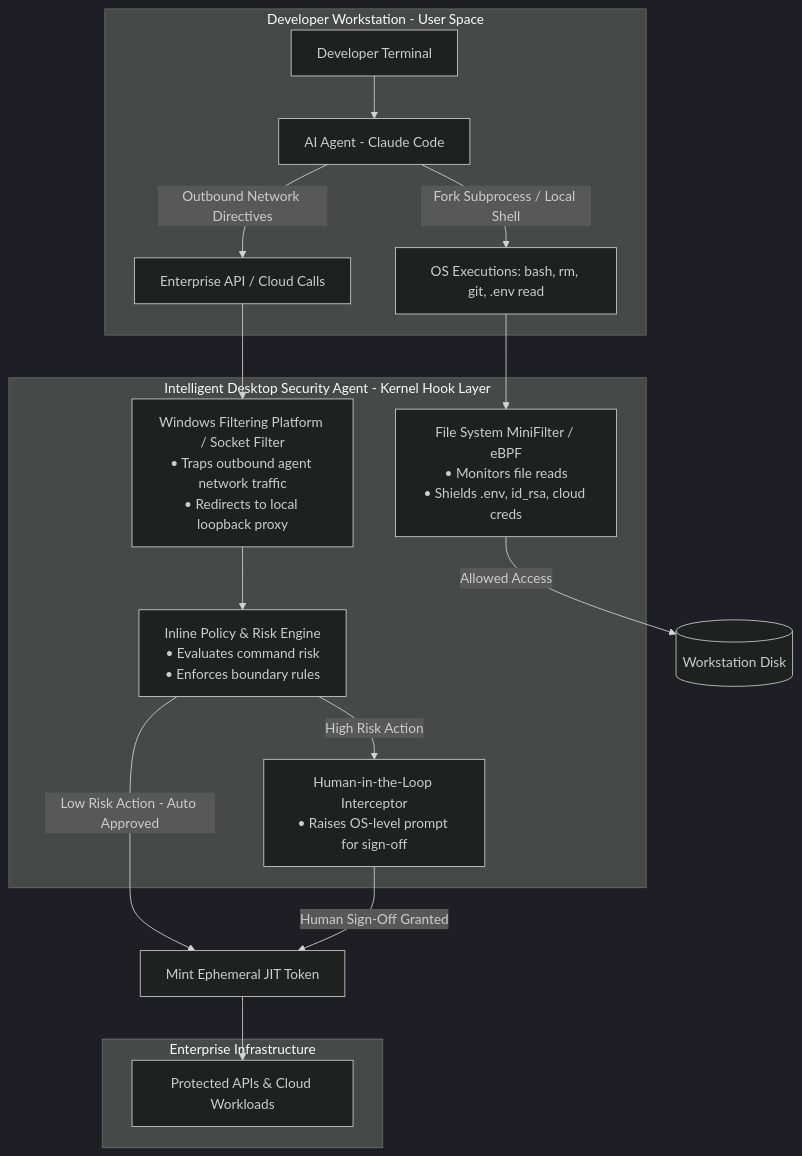
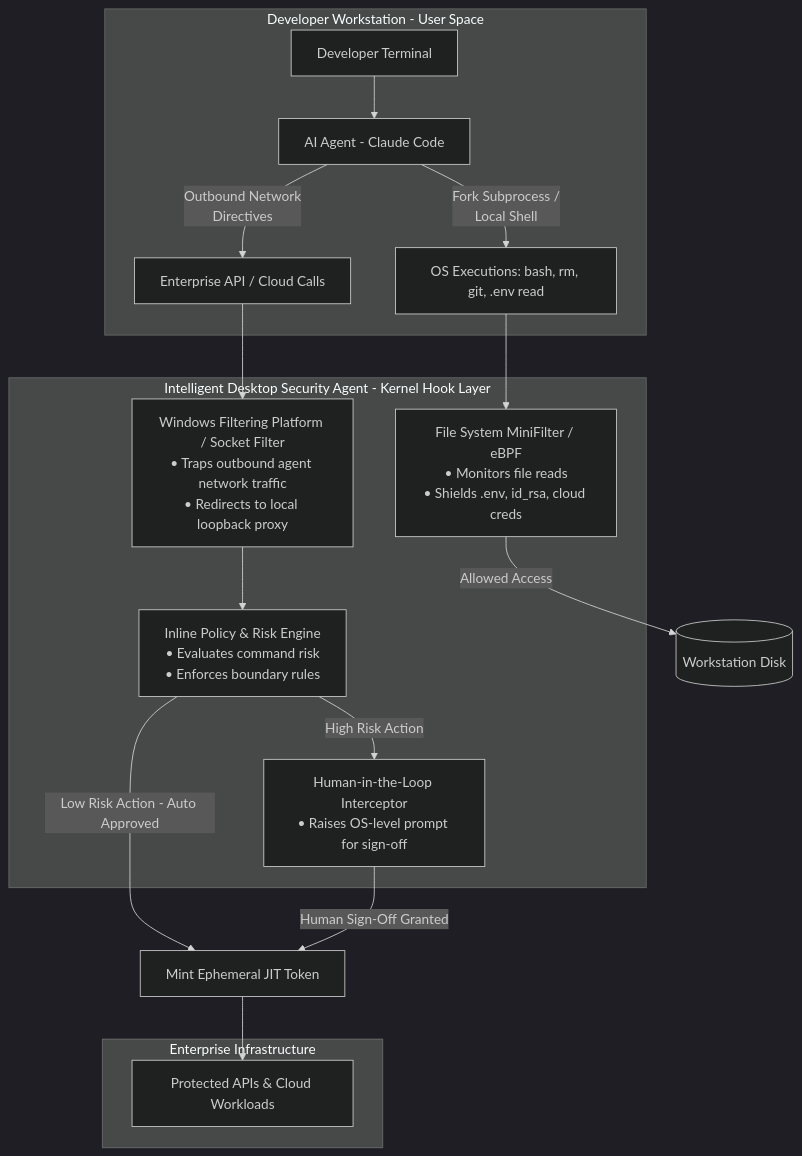
Before and after one commit to ggrajek/agent-priv-proxy: the diagram in desktop-proxy-arch.md, drawn with Mermaid (dark theme).

Commit message:
Revise desktop-proxy-arch.md for clarity and detail
Updated the architecture document to enhance clarity and detail regarding the Desktop AI Command Proxy Architecture, including sections on core protection mechanisms and differences between network gateway and desktop agent proxy.

````diff
--- a/desktop-proxy-arch.md
+++ b/desktop-proxy-arch.md
@@ -16,29 +16,29 @@
 ```mermaid
 flowchart TD
     subgraph Workstation["Developer Workstation - User Space"]
         User["Developer Terminal"] --> Claude["AI Agent - Claude Code"]
-        Claude -->|"Fork Subprocess / Local Shell"| Exec["OS Executions: bash, rm, git, .env read"]
-        Claude -->|"Outbound Network Directives"| NetReq["Enterprise API / Cloud Calls"]
+        Claude -->|"Fork Subprocess /<br/>Local Shell"| Exec["OS Executions: bash, rm, git, .env read"]
+        Claude -->|"Outbound Network<br/>Directives"| NetReq["Enterprise API / Cloud Calls"]
     end
 
     subgraph DesktopAgent["Intelligent Desktop Security Agent - Kernel Hook Layer"]
         MiniFilter["File System MiniFilter / eBPF<br/>• Monitors file reads<br/>• Shields .env, id_rsa, cloud creds"]
         WFP["Windows Filtering Platform / Socket Filter<br/>• Traps outbound agent network traffic<br/>• Redirects to local loopback proxy"]
         PolicyEngine["Inline Policy & Risk Engine<br/>• Evaluates command risk<br/>• Enforces boundary rules"]
         HITLGate["Human-in-the-Loop Interceptor<br/>• Raises OS-level prompt for sign-off"]
     end
 
     subgraph Upstream["Enterprise Infrastructure"]
         APIGateway["Protected APIs & Cloud Workloads"]
     end
 
     Exec --> MiniFilter
     NetReq --> WFP
     WFP --> PolicyEngine
     PolicyEngine -->|"High Risk Action"| HITLGate
 
     MiniFilter -->|"Allowed Access"| LocalDisk[("Workstation Disk")]
     PolicyEngine -->|"Low Risk Action - Auto Approved"| EphemToken["Mint Ephemeral JIT Token"]
     HITLGate -->|"Human Sign-Off Granted"| EphemToken
     EphemToken --> APIGateway
 ```
````
